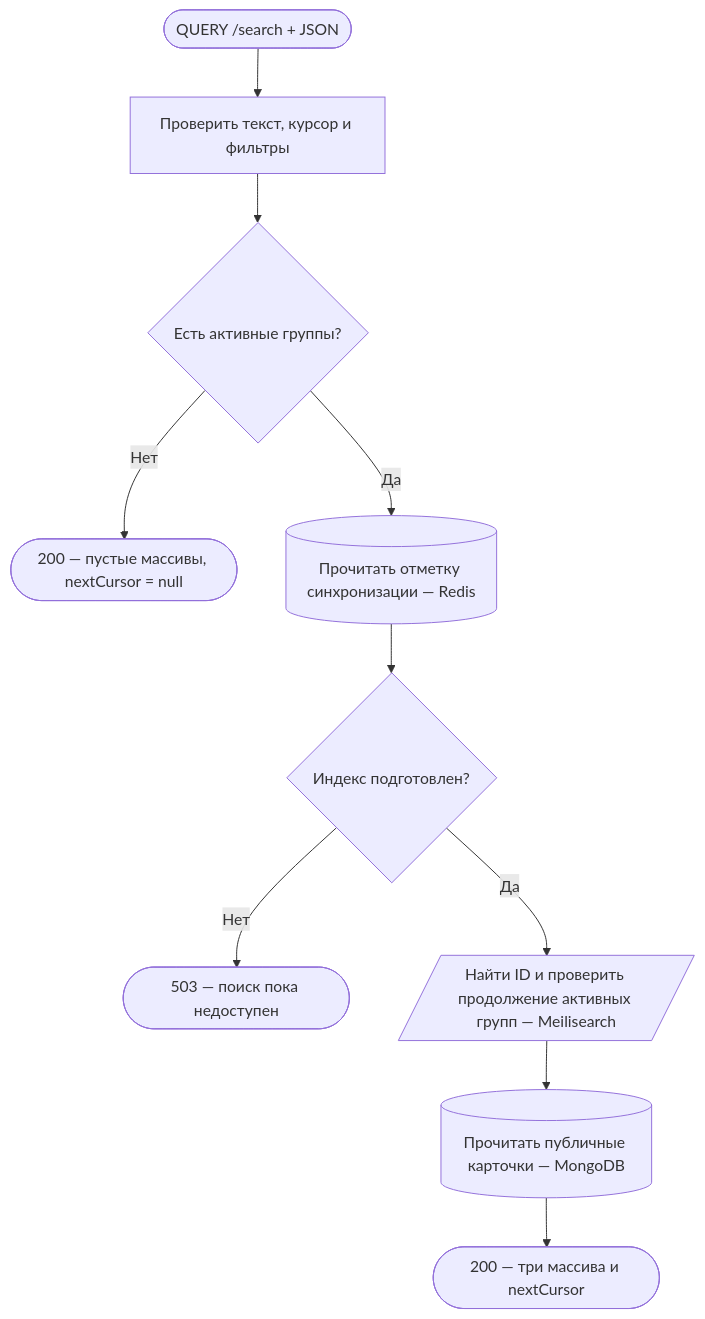
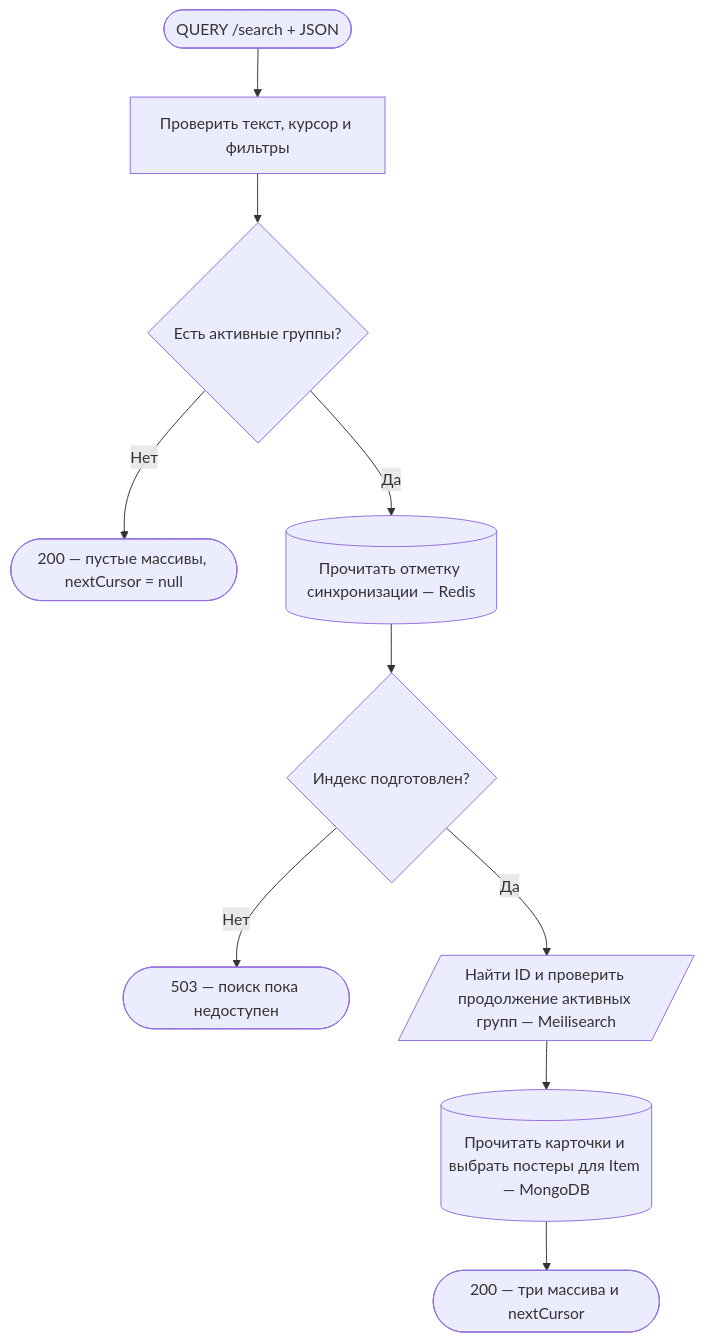
One commit to AmyGrooove/f95-tinder changed the second of 3 diagrams in apps/api/public/docs/api/requestFlows/catalog.md. Above: the diagram before and after it, drawn with Mermaid. The commit also changed 26 other files, not shown here.

````diff
--- a/apps/api/public/docs/api/requestFlows/catalog.md
+++ b/apps/api/public/docs/api/requestFlows/catalog.md
@@ -41,14 +41,14 @@
 ```mermaid
 flowchart TD
     accTitle: Общий поиск по сайту
     accDescr: Проверить запрос и курсор, найти совпадения для активных групп и вернуть публичные карточки
     A(["QUERY /search + JSON"]):::http --> B["Проверить текст, курсор и фильтры"]:::action
     B --> C{"Есть активные группы?"}:::action
     C -->|Нет| J(["200 — пустые массивы, nextCursor = null"]):::http
     C -->|Да| D[("Прочитать отметку синхронизации — Redis")]:::data
     D --> E{"Индекс подготовлен?"}:::action
     E -->|Нет| F(["503 — поиск пока недоступен"]):::http
     E -->|Да| G[/"Найти ID и проверить продолжение активных групп — Meilisearch"/]:::external
-    G --> H[("Прочитать публичные карточки — MongoDB")]:::data
+    G --> H[("Прочитать карточки и выбрать постеры для Item — MongoDB")]:::data
     H --> I(["200 — три массива и nextCursor"]):::http
 ```
````
